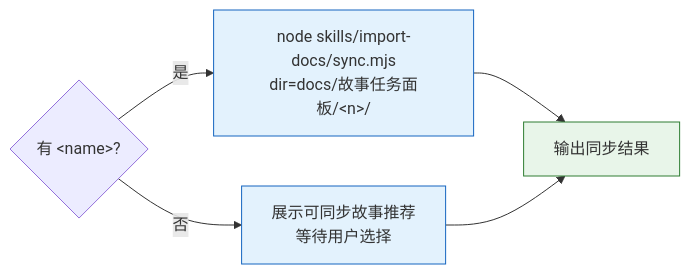
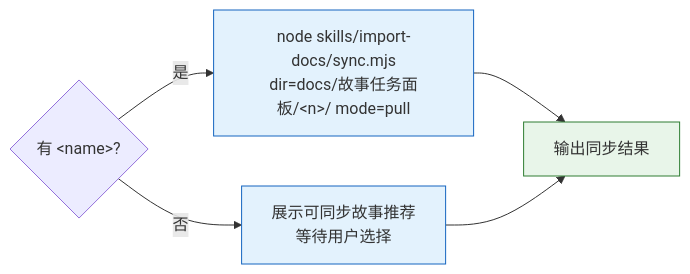
Before and after one commit to effiy/YrY: the eighth of 11 diagrams in skills/rui-story/SKILL.md, drawn with Mermaid. The commit also changed other lines of this file and 14 other files, not shown here.

````diff
--- a/skills/rui-story/SKILL.md
+++ b/skills/rui-story/SKILL.md
@@ -187,10 +227,10 @@
 ```mermaid
 flowchart LR
-    Q{"有 &lt;name&gt;?"} -->|"是"| SCOPED["node skills/import-docs/sync.mjs<br/>dir=docs/故事任务面板/&lt;n&gt;/"]:::op
+    Q{"有 &lt;name&gt;?"} -->|"是"| SCOPED["node skills/import-docs/sync.mjs<br/>dir=docs/故事任务面板/&lt;n&gt;/ mode=pull"]:::op
     Q -->|"否"| RECOMMEND["展示可同步故事推荐<br/>等待用户选择"]:::op
     SCOPED --> OUT["输出同步结果"]:::out
     RECOMMEND --> OUT
 
     classDef op fill:#e3f2fd,stroke:#1565c0;
     classDef out fill:#e8f5e9,stroke:#2e7d32;
 ```
````
